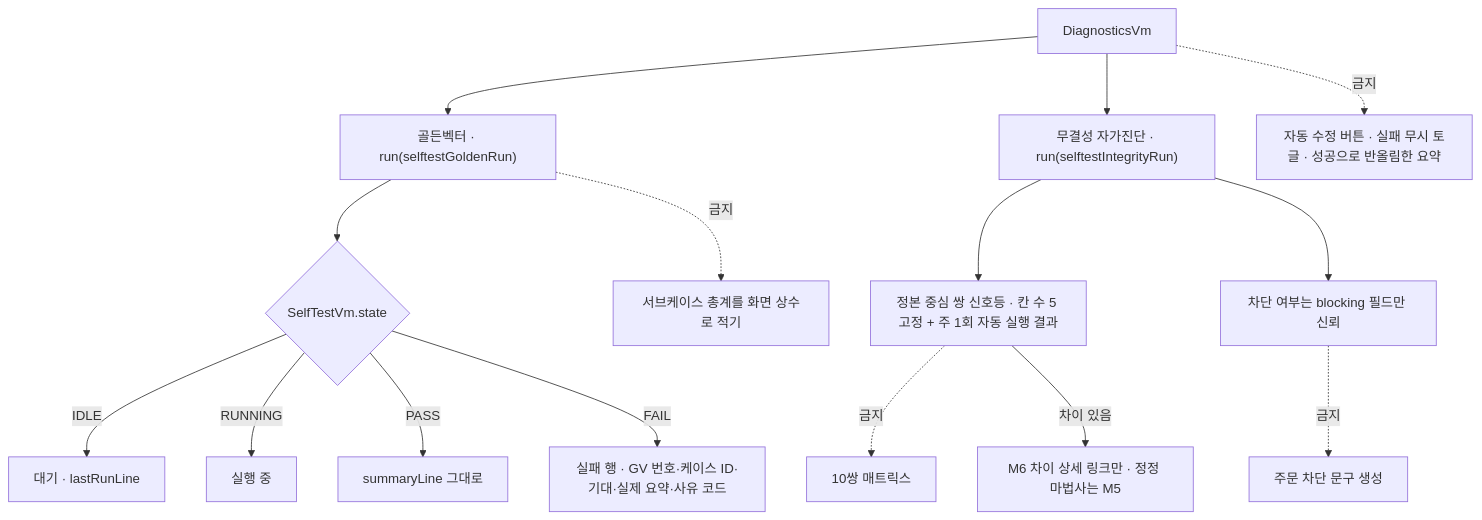
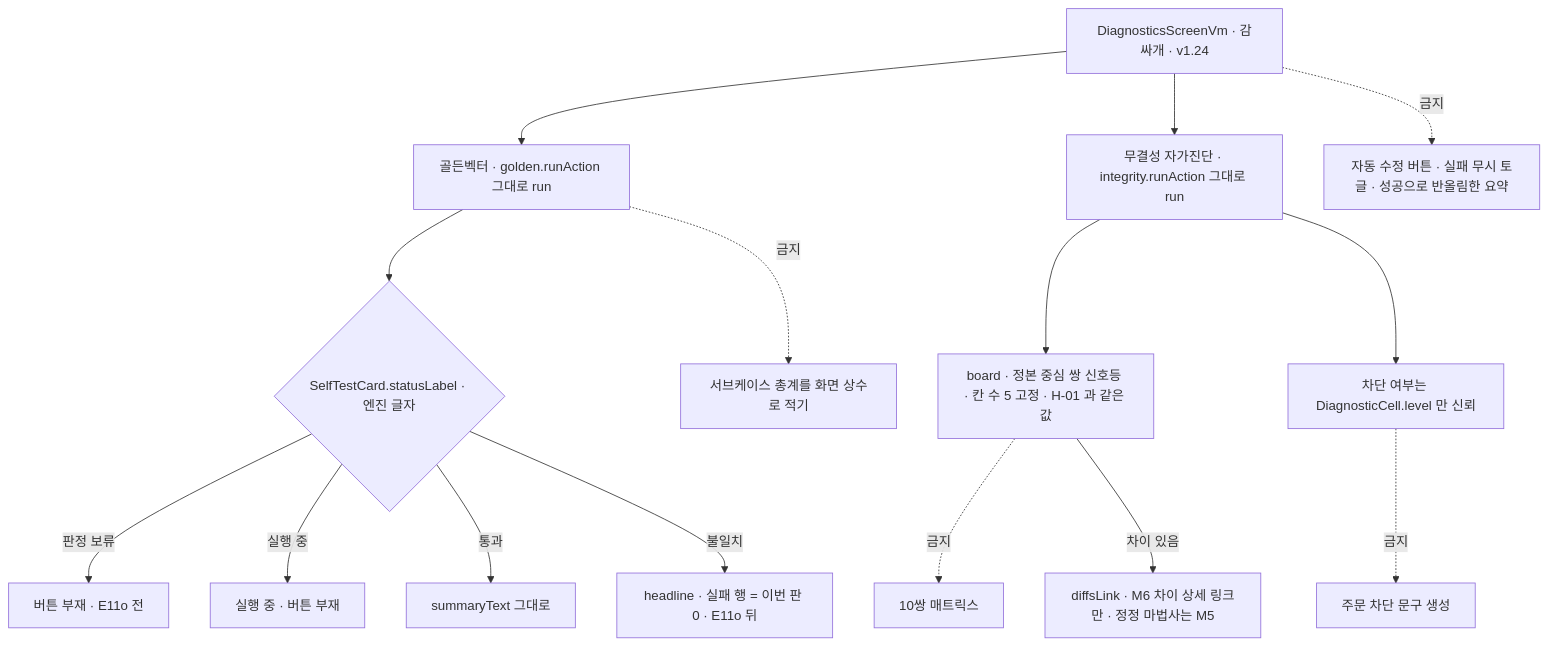
One commit to billybeom/AutoAlphaQuant changed diagram 19 of 24 in docs/ai-context/05_화면명세_M9_설정_관리자.md. Above: the diagram before and after it, drawn with Mermaid. The commit also changed other lines of this file and 5 other files, not shown here.

````diff
--- a/docs/ai-context/05_화면명세_M9_설정_관리자.md
+++ b/docs/ai-context/05_화면명세_M9_설정_관리자.md
@@ -762,17 +769,17 @@
 ```mermaid
 flowchart TD
-  VM["DiagnosticsVm"] --> GV["골든벡터 · run(selftestGoldenRun)"]
-  GV --> ST{"SelfTestVm.state"}
-  ST -->|IDLE| I["대기 · lastRunLine"]
-  ST -->|RUNNING| R["실행 중"]
-  ST -->|PASS| P["summaryLine 그대로"]
-  ST -->|FAIL| F["실패 행 · GV 번호·케이스 ID·기대·실제 요약·사유 코드"]
+  VM["DiagnosticsScreenVm · 감싸개 · v1.24"] --> GV["골든벡터 · golden.runAction 그대로 run"]
+  GV --> ST{"SelfTestCard.statusLabel · 엔진 글자"}
+  ST -->|"판정 보류"| I["버튼 부재 · E11o 전"]
+  ST -->|"실행 중"| R["실행 중 · 버튼 부재"]
+  ST -->|"통과"| P["summaryText 그대로"]
+  ST -->|"불일치"| F["headline · 실패 행 = 이번 판 0 · E11o 뒤"]
   GV -.->|"금지"| TOT["서브케이스 총계를 화면 상수로 적기"]
-  VM --> IG["무결성 자가진단 · run(selftestIntegrityRun)"]
-  IG --> PAIRS["정본 중심 쌍 신호등 · 칸 수 5 고정 + 주 1회 자동 실행 결과"]
+  VM --> IG["무결성 자가진단 · integrity.runAction 그대로 run"]
+  IG --> PAIRS["board · 정본 중심 쌍 신호등 · 칸 수 5 고정 · H-01 과 같은 값"]
   PAIRS -.->|"금지"| MTX["10쌍 매트릭스"]
-  IG --> BLK["차단 여부는 blocking 필드만 신뢰"]
+  IG --> BLK["차단 여부는 DiagnosticCell.level 만 신뢰"]
   BLK -.->|"금지"| ORD["주문 차단 문구 생성"]
-  PAIRS -->|"차이 있음"| L1["M6 차이 상세 링크만 · 정정 마법사는 M5"]
+  PAIRS -->|"차이 있음"| L1["diffsLink · M6 차이 상세 링크만 · 정정 마법사는 M5"]
   VM -.->|"금지"| AUTO["자동 수정 버튼 · 실패 무시 토글 · 성공으로 반올림한 요약"]
 ```
````
